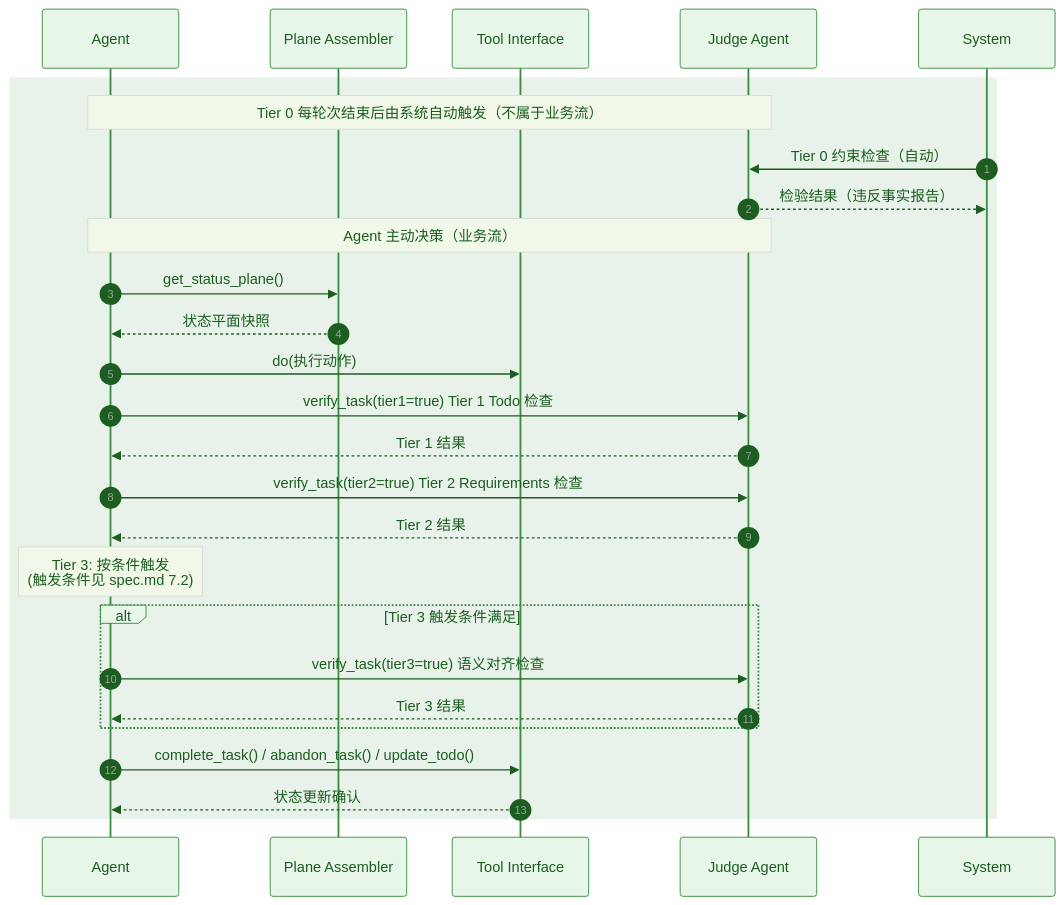
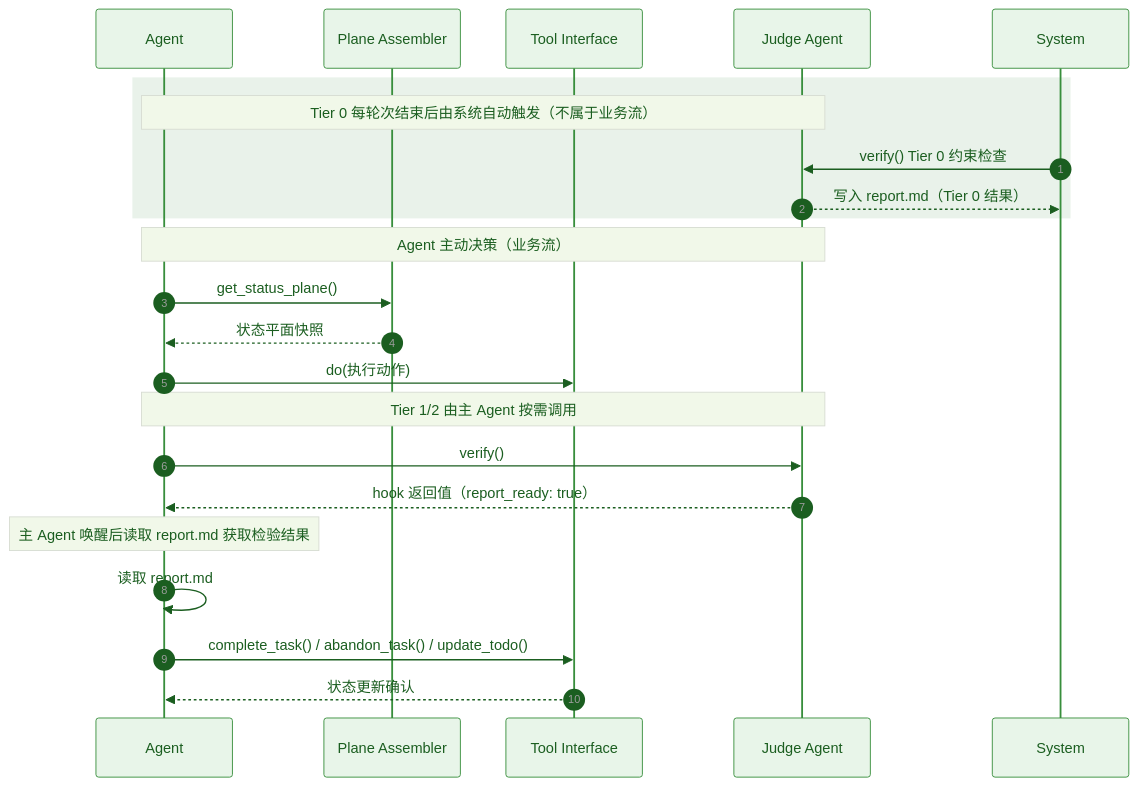
One commit to Lazyn0tBug/mem0ress changed the third of 4 diagrams in docs/arch.md. Above: the diagram before and after it, drawn with Mermaid. The commit also changed other lines of this file and 1 other file, not shown here.

Commit message:
fix: unify verify() interface across spec/arch/design docs
P0 fixes:
- arch.md §4.1: replace verify_task(tierN=true) sequence diagram
  with single verify() call + report.md read pattern
- arch.md §4.1 body text: verify_task() → verify()
- arch.md §2.4 interface table: verify_task() → verify()
- arch.md §2.4 state table: add missing 'error' state

P1 fixes:
- design.md §3.3 Tier 3 trigger: clarify '由主 Agent 按需触发'
  (was '由 Agent 按需触发', inconsistent with spec)
- arch.md §4.1: add Agent reads report.md step after verify()

Also clean up leftover verify_task references:
- REVIEW_ISSUES.md, tests/, design/phase*.md: excluded (non-normative)
- gemini/004.md: excluded (design discussion doc)

````diff
--- a/docs/arch.md
+++ b/docs/arch.md
@@ -189,37 +190,32 @@
 ```mermaid
 %% label：Agent 驱动的业务闭环
 %%{ init: { 'theme': 'base', 'themeVariables': { 'primaryColor': '#e8f5e9', 'primaryTextColor': '#1b5e20', 'primaryBorderColor': '#388e3c', 'lineColor': '#616161', 'noteBkgColor': '#f1f8e9', 'noteTextColor': '#1b5e20' } } }%%
 sequenceDiagram
     autonumber
     participant Agent
     participant PA as Plane Assembler
     participant TI as Tool Interface
     participant JA as Judge Agent
 
     rect rgba(46, 125, 50, 0.1)
         Note over Agent,JA: Tier 0 每轮次结束后由系统自动触发（不属于业务流）
-        System->>JA: Tier 0 约束检查（自动）
-        JA-->>System: 检验结果（违反事实报告）
+        System->>JA: verify() Tier 0 约束检查
+        JA-->>System: 写入 report.md（Tier 0 结果）
+    end
 
-        Note over Agent,JA: Agent 主动决策（业务流）
-        Agent->>PA: get_status_plane()
-        PA-->>Agent: 状态平面快照
+    Note over Agent,JA: Agent 主动决策（业务流）
+    Agent->>PA: get_status_plane()
+    PA-->>Agent: 状态平面快照
 
-        Agent->>TI: do(执行动作)
+    Agent->>TI: do(执行动作)
 
-        Agent->>JA: verify_task(tier1=true) Tier 1 Todo 检查
-        JA-->>Agent: Tier 1 结果
+    Note over Agent,JA: Tier 1/2 由主 Agent 按需调用
+    Agent->>JA: verify()
+    JA-->>Agent: hook 返回值（report_ready: true）
 
-        Agent->>JA: verify_task(tier2=true) Tier 2 Requirements 检查
-        JA-->>Agent: Tier 2 结果
+    Note over Agent: 主 Agent 唤醒后读取 report.md 获取检验结果
+    Agent->>Agent: 读取 report.md
 
-        Note over Agent: Tier 3: 按条件触发<br/>(触发条件见 spec.md 7.2)
-        alt Tier 3 触发条件满足
-            Agent->>JA: verify_task(tier3=true) 语义对齐检查
-            JA-->>Agent: Tier 3 结果
-        end
-
-        Agent->>TI: complete_task() / abandon_task() / update_todo()
-        TI-->>Agent: 状态更新确认
-    end
+    Agent->>TI: complete_task() / abandon_task() / update_todo()
+    TI-->>Agent: 状态更新确认
 ```
````
